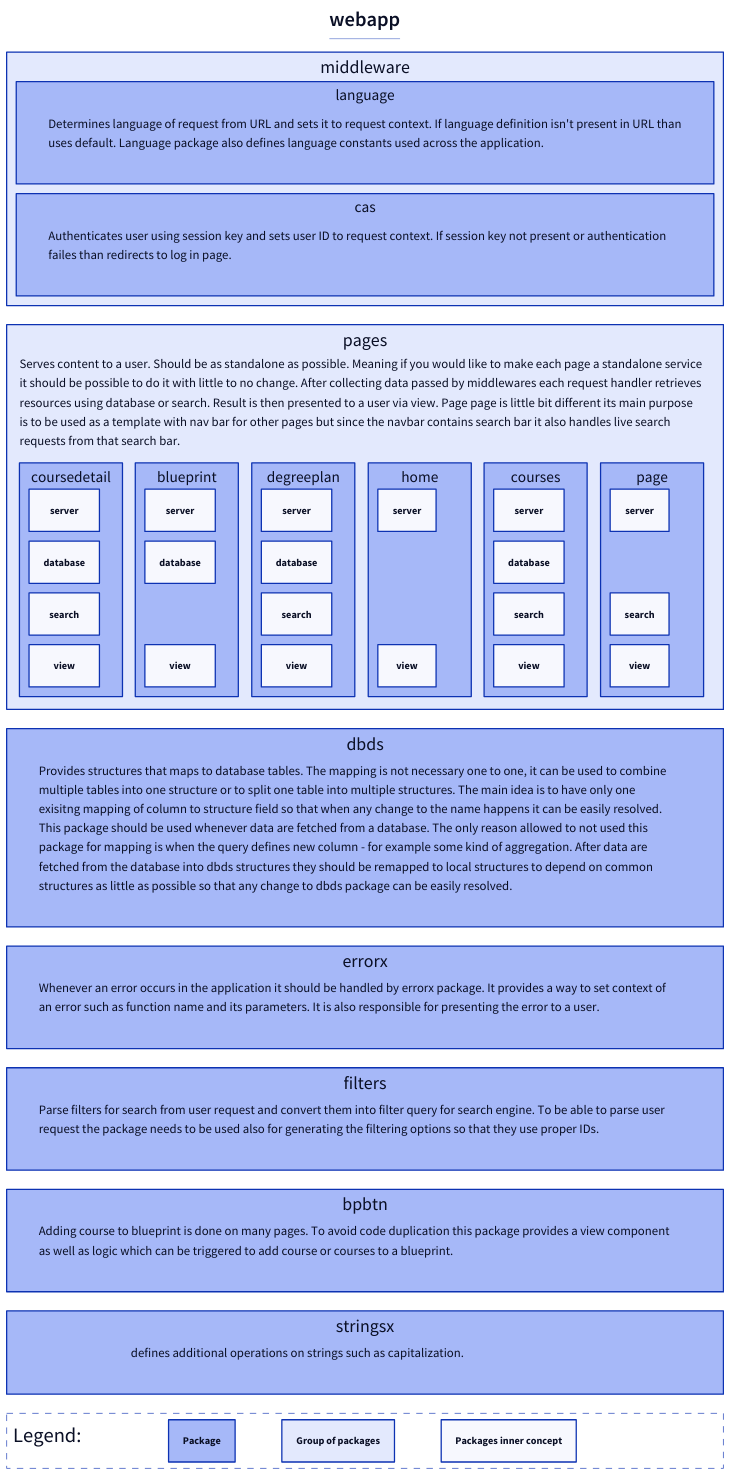
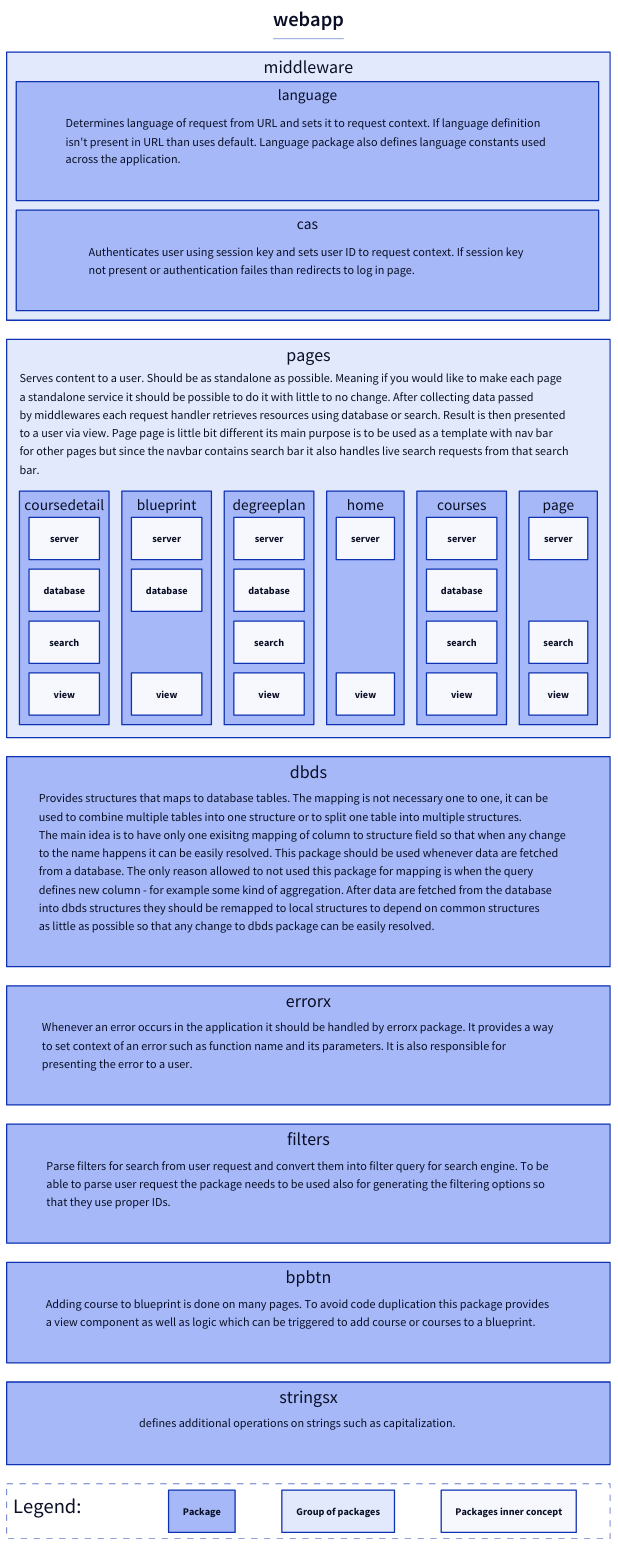
Before and after one commit to michalhercik/RecSIS: the diagram in docs/packages.d2, drawn with D2. The commit also changed 2 other files, not shown here.

```diff
--- a/docs/packages.d2
+++ b/docs/packages.d2
@@ -29,7 +29,7 @@
     grid-gap: 15
   }
   description: {
-    style.font-size: 20
+    style.font-size: 19
   }
 }
 
@@ -46,8 +46,9 @@
   language: {
     class: package-row
     description: |md
-      Determines language of request from URL and sets it to request context. If language definition isn't present in URL than  
-      uses default. Language package also defines language constants used across the application.
+      Determines language of request from URL and sets it to request context. If language definition  
+      isn't present in URL than uses default. Language package also defines language constants used  
+      across the application.
     | {
         class: description
     }
@@ -55,8 +56,8 @@
   cas: {
     class: package-row
     description: |md
-      Authenticates user using session key and sets user ID to request context.  If session key not present or authentication  
-      failes than redirects to log in page.
+      Authenticates user using session key and sets user ID to request context.  If session key  
+      not present or authentication failes than redirects to log in page.
     | {
         class: description
     }
@@ -67,11 +68,12 @@
   grid-rows: 2
   grid-gap: 20
   description: |md
-    Serves content to a user. Should be as standalone as possible. Meaning if you would like to make each page a standalone service  
-    it should be possible to do it with little to no change. After collecting data passed by middlewares each request handler retrieves  
-    resources using database or search. Result is then presented to a user via view. Page page is little bit different  its main purpose  
-    is to be used as a template with nav bar for other pages but since the navbar contains search bar it also  handles live search  
-    requests from that search bar.
+    Serves content to a user. Should be as standalone as possible. Meaning if you would like to make each page  
+    a standalone service it should be possible to do it with little to no change. After collecting data passed  
+    by middlewares each request handler retrieves resources using database or search. Result is then presented  
+    to a user via view. Page page is little bit different its main purpose is to be used as a template with nav bar  
+    for other pages but since the navbar contains search bar it also handles live search requests from that search  
+    bar.
   | {
     class: description
   }
@@ -129,13 +131,14 @@
 dbds: {
   class: package-row
     description: |md
-        Provides structures that maps to database tables. The mapping is not necessary one to one, it can be used to combine  
-        multiple tables into one structure or to split one table into multiple structures. The main idea is to have only one  
-        exisitng mapping of column to structure field so that when any change to the name happens it can be easily resolved.  
-        This package should be used whenever data are fetched from a database. The only reason allowed to not used this  
-        package for mapping is when the query defines new column - for example some kind of aggregation. After data are  
-        fetched from the database into dbds structures they should be remapped to local structures to depend on common  
-        structures as little as possible so that any change to dbds package can be easily resolved.
+        Provides structures that maps to database tables. The mapping is not necessary one to one, it can be  
+        used to combine multiple tables into one structure or to split one table into multiple structures.  
+        The main idea is to have only one exisitng mapping of column to structure field so that when any change  
+        to the name happens it can be easily resolved. This package should be used whenever data are fetched  
+        from a database. The only reason allowed to not used this package for mapping is when the query  
+        defines new column - for example some kind of aggregation. After data are fetched from the database  
+        into dbds structures they should be remapped to local structures to depend on common structures  
+        as little as possible so that any change to dbds package can be easily resolved.
     | {
     class: description
   }
@@ -143,8 +146,9 @@
 errorx: {
   class: package-row
     description: |md
-        Whenever an error occurs in the application it should be handled by errorx package. It provides a way to set context of  
-        an error such as function name and its parameters. It is also responsible for presenting the error to a user.
+        Whenever an error occurs in the application it should be handled by errorx package. It provides a way  
+        to set context of an error such as function name and its parameters. It is also responsible for  
+        presenting the error to a user.
     | {
     class: description
   }
@@ -152,8 +156,9 @@
 filters: {
   class: package-row
     description: |md
-        Parse filters for search from user request and convert them into filter query for search engine. To be able to parse user  
-        request the package needs to be used also for generating the filtering options so that they use proper IDs. 
+        Parse filters for search from user request and convert them into filter query for search engine. To be  
+        able to parse user request the package needs to be used also for generating the filtering options so  
+        that they use proper IDs. 
     | {
     class: description
   }
@@ -161,8 +166,8 @@
 bpbtn: {
   class: package-row
     description: |md
-        Adding course to blueprint is done on many pages. To avoid code duplication this package provides a view component  
-        as well as logic which can be triggered to add course or courses to a blueprint.
+        Adding course to blueprint is done on many pages. To avoid code duplication this package provides  
+        a view component as well as logic which can be triggered to add course or courses to a blueprint.
     | {
     class: description
   }
```
